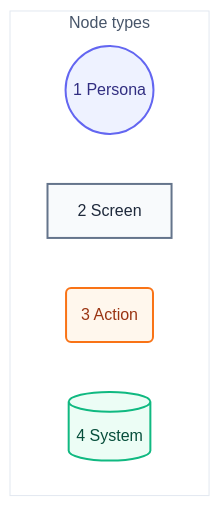
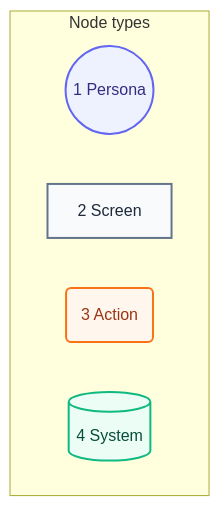
Before and after one commit to may-journal/xcode-tooling: the first of 2 diagrams in docs/architecture/05-user-journey.md, drawn with Mermaid. The commit also changed other lines of this file and 5 other files, not shown here.

First line of the commit message:
docs(architecture): bring the views to the per-level form and palette (#7)

````diff
--- a/docs/architecture/05-user-journey.md
+++ b/docs/architecture/05-user-journey.md
@@ -9,16 +9,15 @@
 ```mermaid
 flowchart TB
     subgraph types["Node types"]
         persona((1 Persona)):::persona
         screen[2 Screen]:::screen
         action(3 Action):::action
         system[(4 System)]:::system
     end
 
-    classDef persona stroke:#6366f1,fill:#eef2ff,color:#312e81,stroke-width:2px
-    classDef screen stroke:#64748b,fill:#f8fafc,color:#1e293b,stroke-width:2px
-    classDef action stroke:#f97316,fill:#fff7ed,color:#9a3412,stroke-width:2px
-    classDef system stroke:#10b981,fill:#ecfdf5,color:#064e3b,stroke-width:2px
+    classDef persona fill:#eef2ff,stroke:#6366f1,color:#312e81,stroke-width:2px
+    classDef screen fill:#f8fafc,stroke:#64748b,color:#1e293b,stroke-width:2px
+    classDef action fill:#fff7ed,stroke:#f97316,color:#9a3412,stroke-width:2px
+    classDef system fill:#ecfdf5,stroke:#10b981,color:#064e3b,stroke-width:2px
 
-    style types fill:#ffffff,stroke:#e2e8f0,color:#475569,stroke-width:1px
 ```
````
